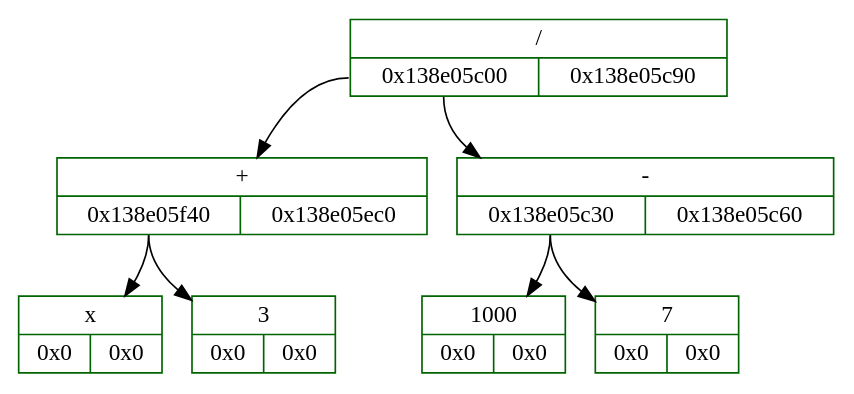
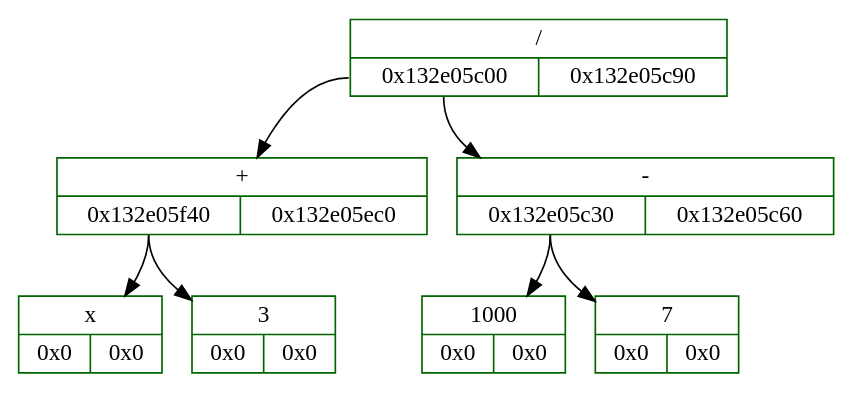
One commit to whiterno/bin_exp_tree changed the diagram in log/dump.dot. Above: the diagram before and after it, drawn with Graphviz. The commit also changed 3 other files, not shown here.

```diff
--- a/log/dump.dot
+++ b/log/dump.dot
@@ -1,17 +1,17 @@
 digraph D{
 	rankdir = TB
 
-	node_7 [color = "darkgreen", style = "filled", shape = "record", fillcolor = "white", label = "{ /  | {<fl7> 0x138e05c00 | <fr7> 0x138e05c90}}"]
+	node_7 [color = "darkgreen", style = "filled", shape = "record", fillcolor = "white", label = "{ /  | {<fl7> 0x132e05c00 | <fr7> 0x132e05c90}}"]
 	node_7: <fl7> -> node_6 [color = "black", arrowhead = "normal", label = ""]
-	node_6 [color = "darkgreen", style = "filled", shape = "record", fillcolor = "white", label = "{ +  | {<fl6> 0x138e05f40 | <fr6> 0x138e05ec0}}"]
+	node_6 [color = "darkgreen", style = "filled", shape = "record", fillcolor = "white", label = "{ +  | {<fl6> 0x132e05f40 | <fr6> 0x132e05ec0}}"]
 	node_6: <fl6> -> node_5 [color = "black", arrowhead = "normal", label = ""]
 	node_5 [color = "darkgreen", style = "filled", shape = "record", fillcolor = "white", label = "{ x  | {<fl5> 0x0 | <fr5> 0x0}}"]
 	node_6: <fl6> -> node_4 [color = "black", arrowhead = "normal", label = ""]
 	node_4 [color = "darkgreen", style = "filled", shape = "record", fillcolor = "white", label = "{3  | {<fl4> 0x0 | <fr4> 0x0}}"]
 	node_7: <fl7> -> node_3 [color = "black", arrowhead = "normal", label = ""]
-	node_3 [color = "darkgreen", style = "filled", shape = "record", fillcolor = "white", label = "{ -  | {<fl3> 0x138e05c30 | <fr3> 0x138e05c60}}"]
+	node_3 [color = "darkgreen", style = "filled", shape = "record", fillcolor = "white", label = "{ -  | {<fl3> 0x132e05c30 | <fr3> 0x132e05c60}}"]
 	node_3: <fl3> -> node_2 [color = "black", arrowhead = "normal", label = ""]
 	node_2 [color = "darkgreen", style = "filled", shape = "record", fillcolor = "white", label = "{1000  | {<fl2> 0x0 | <fr2> 0x0}}"]
 	node_3: <fl3> -> node_1 [color = "black", arrowhead = "normal", label = ""]
 	node_1 [color = "darkgreen", style = "filled", shape = "record", fillcolor = "white", label = "{7  | {<fl1> 0x0 | <fr1> 0x0}}"]
 }
```
